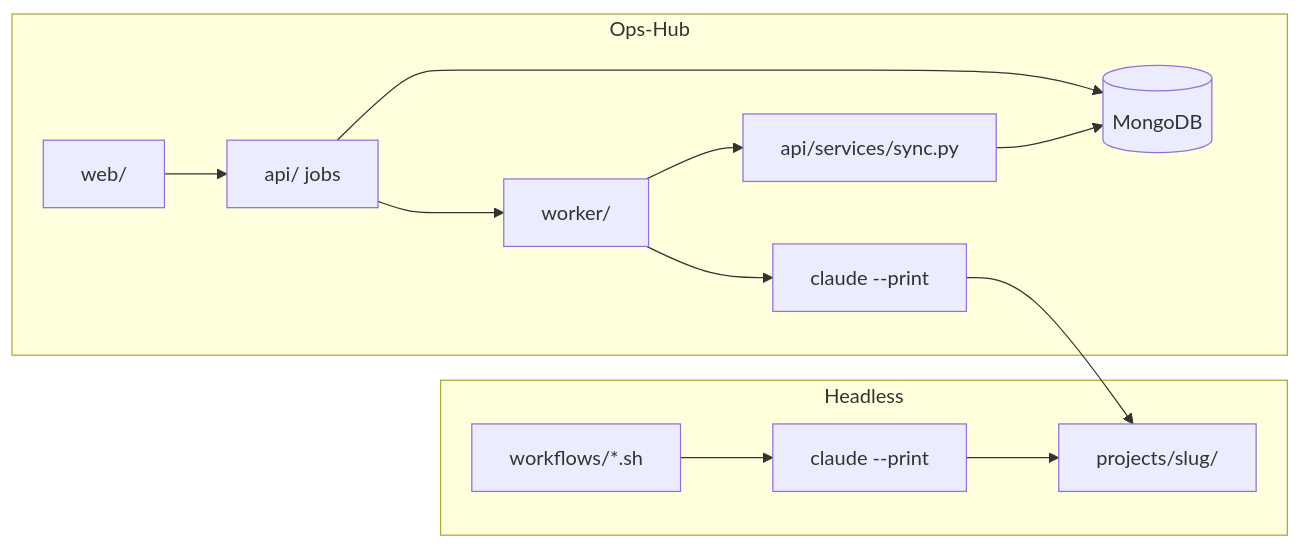
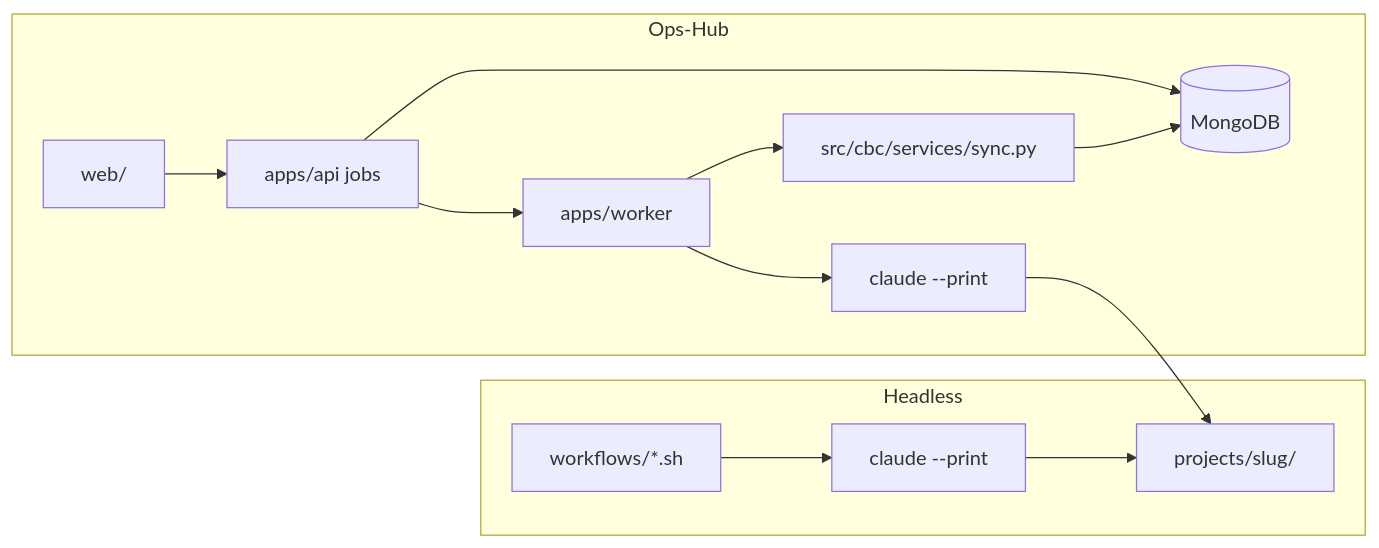
The diagram in docs/architecture.md (ppanchal5698/cbc-copilot-claude-cli), drawn with Mermaid before and after one commit. The commit also changed other lines of this file and 200 other files, not shown here.

````diff
--- a/docs/architecture.md
+++ b/docs/architecture.md
@@ -91,16 +92,16 @@
 ```mermaid
 flowchart LR
   subgraph headless [Headless]
     W[workflows/*.sh] --> C1[claude --print]
     C1 --> FS[projects/slug/]
   end
   subgraph opshub [Ops-Hub]
-    UI[web/] --> API[api/ jobs]
-    API --> WRK[worker/]
+    UI[web/] --> API[apps/api jobs]
+    API --> WRK[apps/worker]
     WRK --> C2[claude --print]
     C2 --> FS
-    WRK --> SYNC[api/services/sync.py]
+    WRK --> SYNC[src/cbc/services/sync.py]
     SYNC --> MONGO[(MongoDB)]
     API --> MONGO
   end
 ```
````
